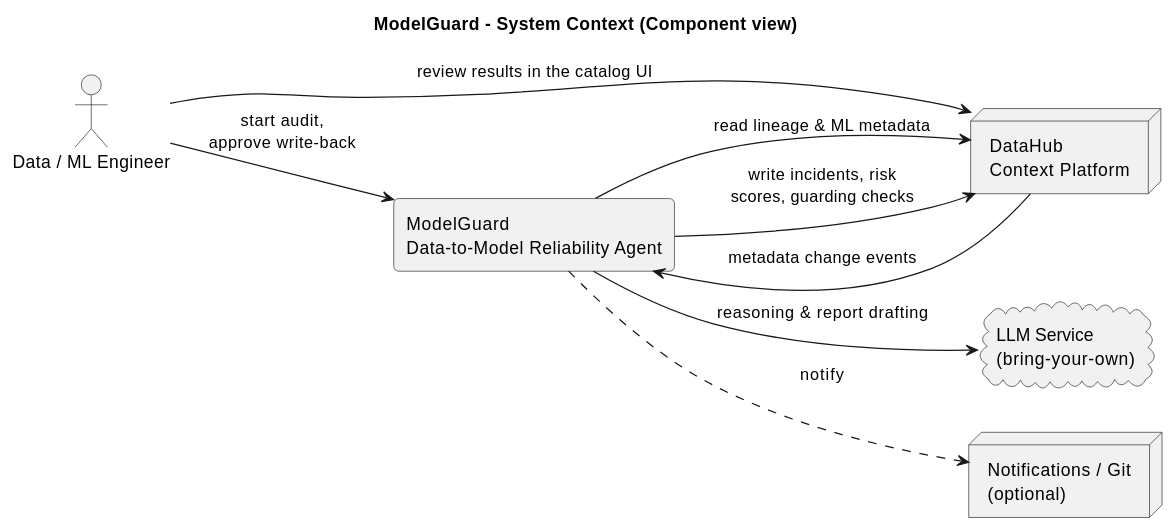
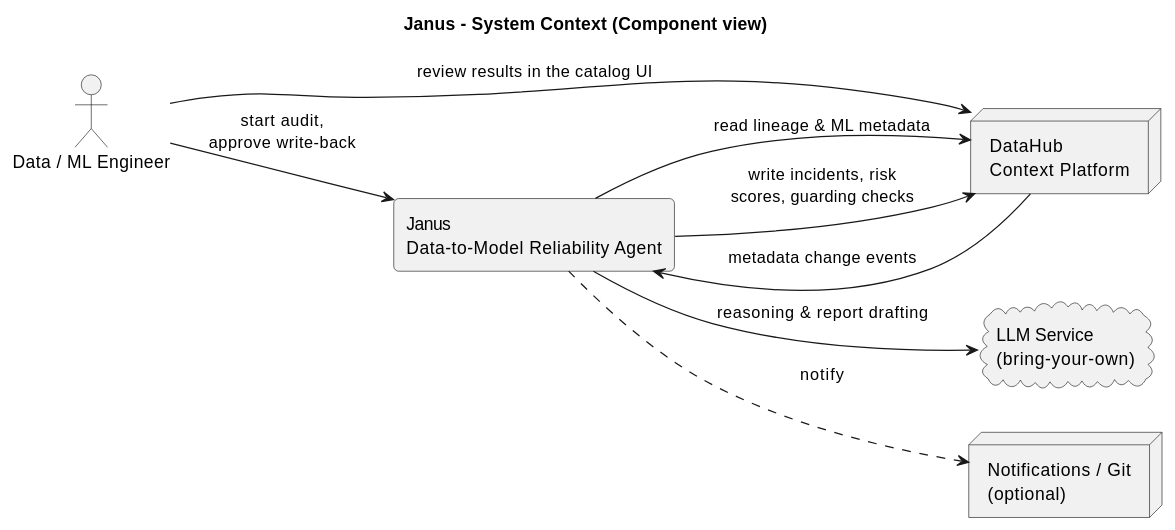
One commit to Ahmedxsaad/Janus changed the first of 5 diagrams in docs/plan/architecture.md. Above: the diagram before and after it, drawn with PlantUML. The commit also changed other lines of this file and 338 other files, not shown here.

````diff
--- a/docs/plan/architecture.md
+++ b/docs/plan/architecture.md
@@ -47,25 +47,25 @@
 ```plantuml
 @startuml
-title ModelGuard - System Context (Component view)
+title Janus - System Context (Component view)
 skinparam shadowing false
 skinparam roundcorner 8
 skinparam componentStyle rectangle
 skinparam defaultFontName "Helvetica"
 left to right direction
 
 actor "Data / ML Engineer" as Eng
 
-component "ModelGuard\nData-to-Model Reliability Agent" as MG
+component "Janus\nData-to-Model Reliability Agent" as MG
 node "DataHub\nContext Platform" as DH
 cloud "LLM Service\n(bring-your-own)" as LLM
 node "Notifications / Git\n(optional)" as Ext
 
 Eng --> MG : start audit,\napprove write-back
 MG --> DH : read lineage & ML metadata
 MG --> DH : write incidents, risk\nscores, guarding checks
 DH --> MG : metadata change events
 MG --> LLM : reasoning & report drafting
 MG ..> Ext : notify
 Eng --> DH : review results in the catalog UI
 @enduml
 ```
````
